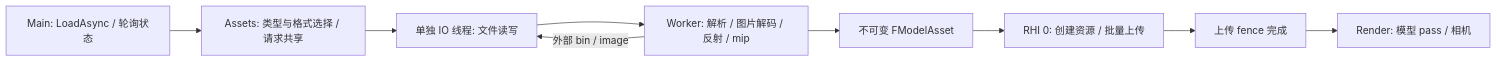
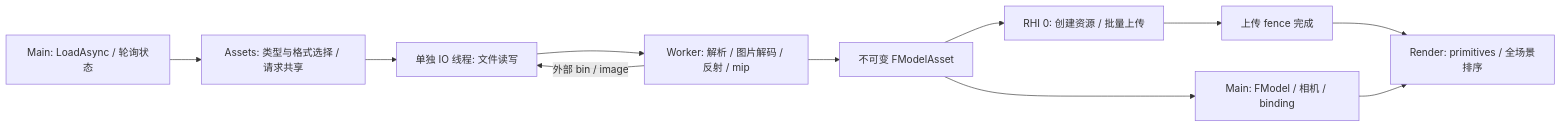
One commit to jackgan90/HyperionEngine changed the diagram in docs/AssetPipeline.md. Above: the diagram before and after it, drawn with Mermaid. The commit also changed other lines of this file and 69 other files, not shown here.

First line of the commit message:
feat: introduce render primitives and shared scene resources

````diff
--- a/docs/AssetPipeline.md
+++ b/docs/AssetPipeline.md
@@ -49,11 +49,13 @@
 ```mermaid
 flowchart LR
   Caller[Main: LoadAsync / 轮询状态] --> Service[Assets: 类型与格式选择 / 请求共享]
   Service --> IO[单独 IO 线程: 文件读写]
   IO --> Worker[Worker: 解析 / 图片解码 / 反射 / mip]
   Worker -->|外部 bin / image| IO
   Worker --> CPU[不可变 FModelAsset]
   CPU --> RHI[RHI 0: 创建资源 / 批量上传]
   RHI --> Fence[上传 fence 完成]
-  Fence --> Render[Render: 模型 pass / 相机]
+  Fence --> Render[Render: primitives / 全场景排序]
+  CPU --> Model[Main: FModel / 相机 / binding]
+  Model --> Render
 ```
````
